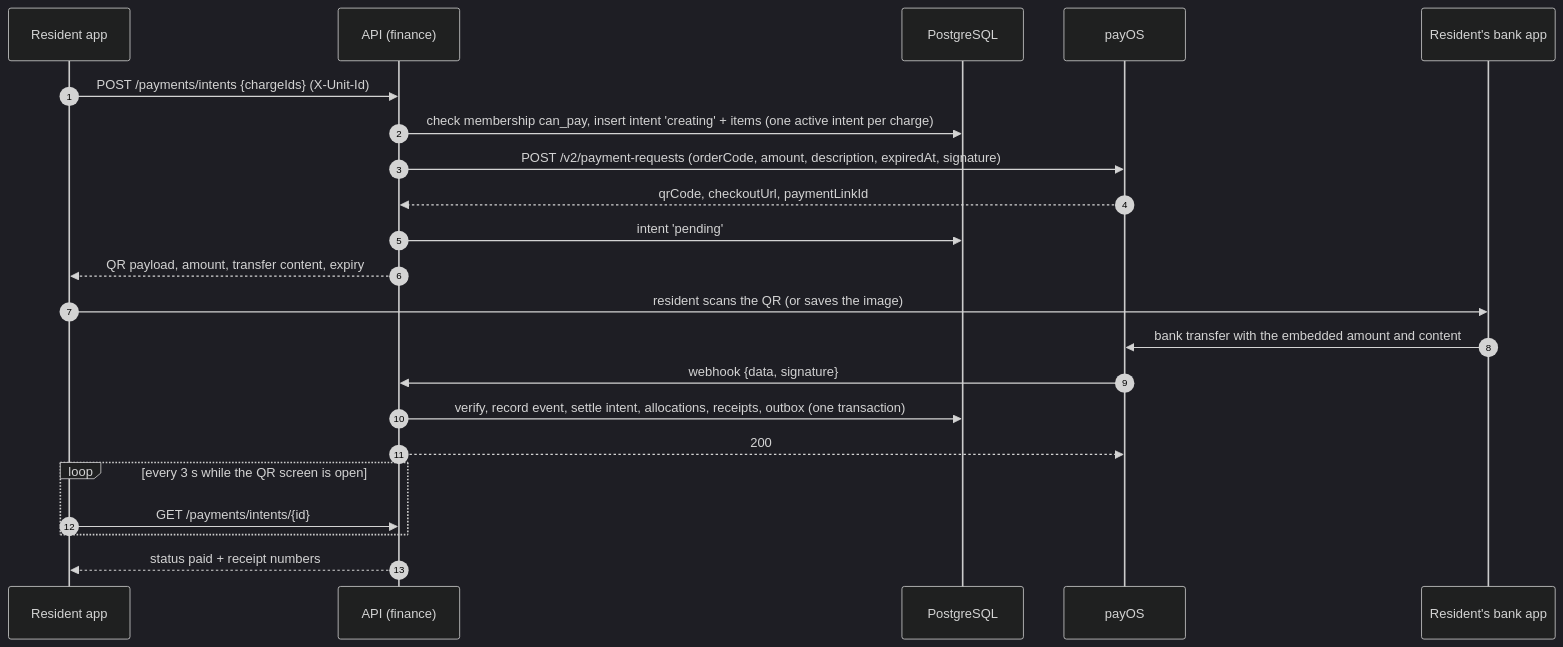
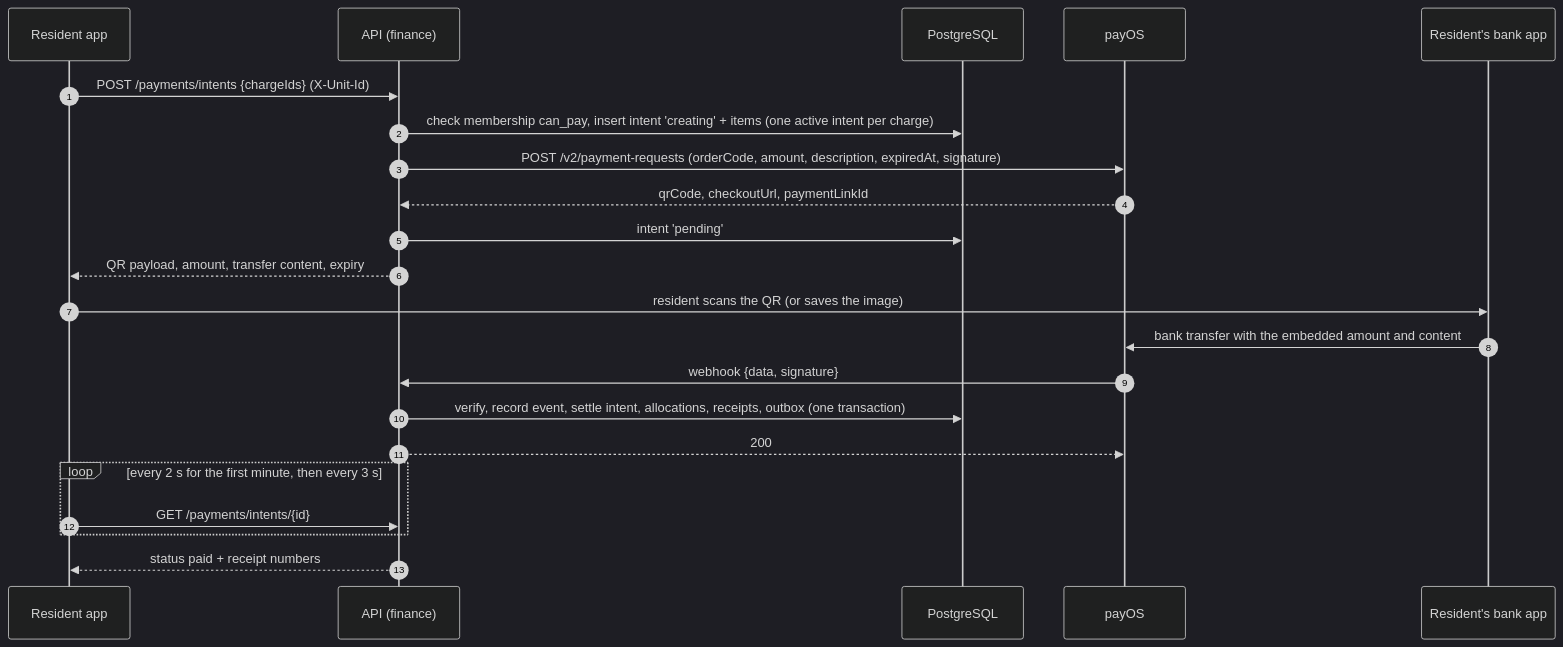
One commit to ninggiangboy/residential-management-system changed the sixth of 15 diagrams in residential-management-sdd.md. Above: the diagram before and after it, drawn with Mermaid (dark theme). The commit also changed other lines of this file, not shown here.

````diff
--- a/residential-management-sdd.md
+++ b/residential-management-sdd.md
@@ -670,24 +722,24 @@
 ```mermaid
 sequenceDiagram
   autonumber
   participant R as Resident app
   participant API as API (finance)
   participant DB as PostgreSQL
   participant P as payOS
   participant B as Resident's bank app
   R->>API: POST /payments/intents {chargeIds} (X-Unit-Id)
   API->>DB: check membership can_pay, insert intent 'creating' + items (one active intent per charge)
   API->>P: POST /v2/payment-requests (orderCode, amount, description, expiredAt, signature)
   P-->>API: qrCode, checkoutUrl, paymentLinkId
   API->>DB: intent 'pending'
   API-->>R: QR payload, amount, transfer content, expiry
   R->>B: resident scans the QR (or saves the image)
   B->>P: bank transfer with the embedded amount and content
   P->>API: webhook {data, signature}
   API->>DB: verify, record event, settle intent, allocations, receipts, outbox (one transaction)
   API-->>P: 200
-  loop every 3 s while the QR screen is open
+  loop every 2 s for the first minute, then every 3 s
     R->>API: GET /payments/intents/{id}
   end
   API-->>R: status paid + receipt numbers
 ```
````
